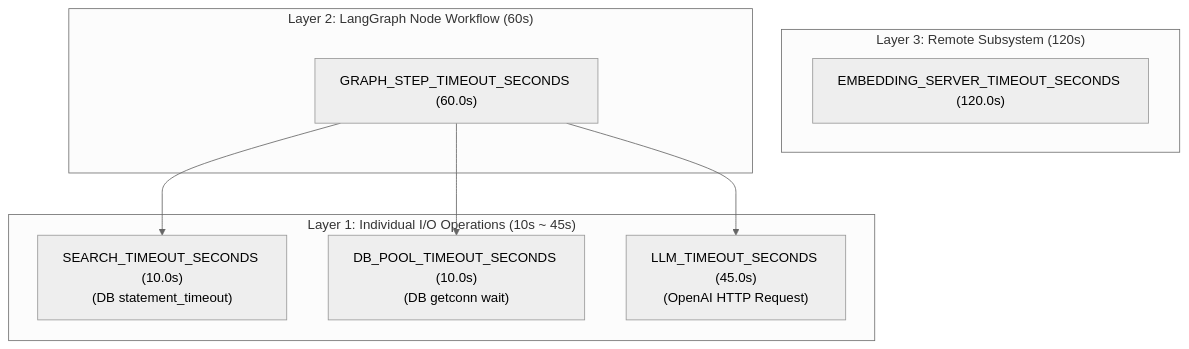
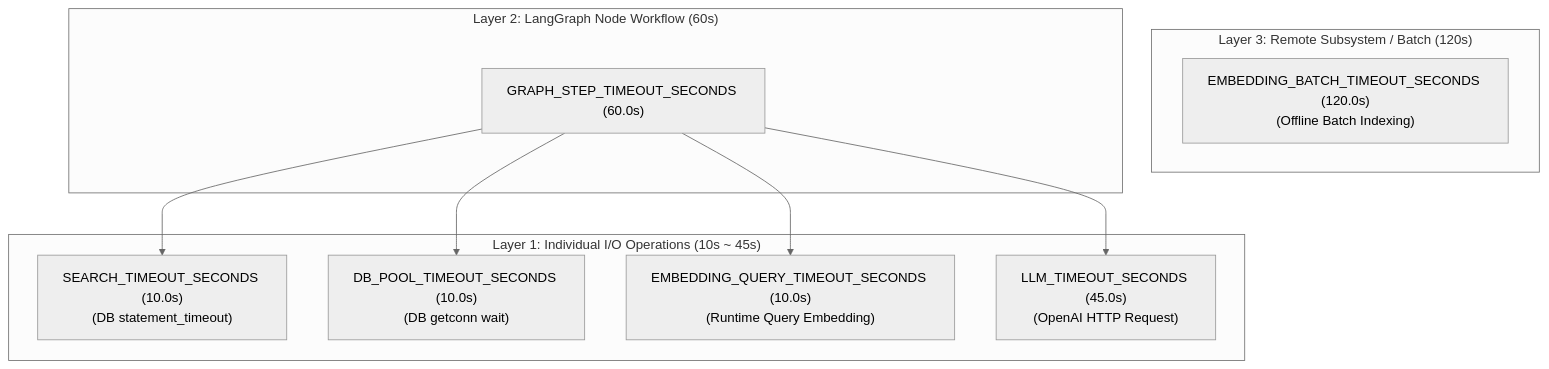
Before and after one commit to dongtan-91-dong-welfare-center/rag_for_accounting: the diagram in docs/architecture/exception_policy.md, drawn with Mermaid (neutral theme). The commit also changed other lines of this file, not shown here.

Commit message:
docs(arch): update timeout hierarchy for embedding query and batch timeouts (#309)

````diff
--- a/docs/architecture/exception_policy.md
+++ b/docs/architecture/exception_policy.md
@@ -35,20 +35,22 @@
 ```mermaid
 graph TD
-    subgraph Layer3["Layer 3: Remote Subsystem (120s)"]
-        EMB["EMBEDDING_SERVER_TIMEOUT_SECONDS (120.0s)"]
+    subgraph Layer3["Layer 3: Remote Subsystem / Batch (120s)"]
+        EMB["EMBEDDING_BATCH_TIMEOUT_SECONDS (120.0s)<br/>(Offline Batch Indexing)"]
     end
 
     subgraph Layer2["Layer 2: LangGraph Node Workflow (60s)"]
         NODE["GRAPH_STEP_TIMEOUT_SECONDS (60.0s)"]
     end
 
     subgraph Layer1["Layer 1: Individual I/O Operations (10s ~ 45s)"]
         DB_STMT["SEARCH_TIMEOUT_SECONDS (10.0s)<br/>(DB statement_timeout)"]
         DB_POOL["DB_POOL_TIMEOUT_SECONDS (10.0s)<br/>(DB getconn wait)"]
+        EMB_QUERY["EMBEDDING_QUERY_TIMEOUT_SECONDS (10.0s)<br/>(Runtime Query Embedding)"]
         LLM["LLM_TIMEOUT_SECONDS (45.0s)<br/>(OpenAI HTTP Request)"]
     end
 
     NODE --> DB_STMT
     NODE --> DB_POOL
+    NODE --> EMB_QUERY
     NODE --> LLM
 ```
````
